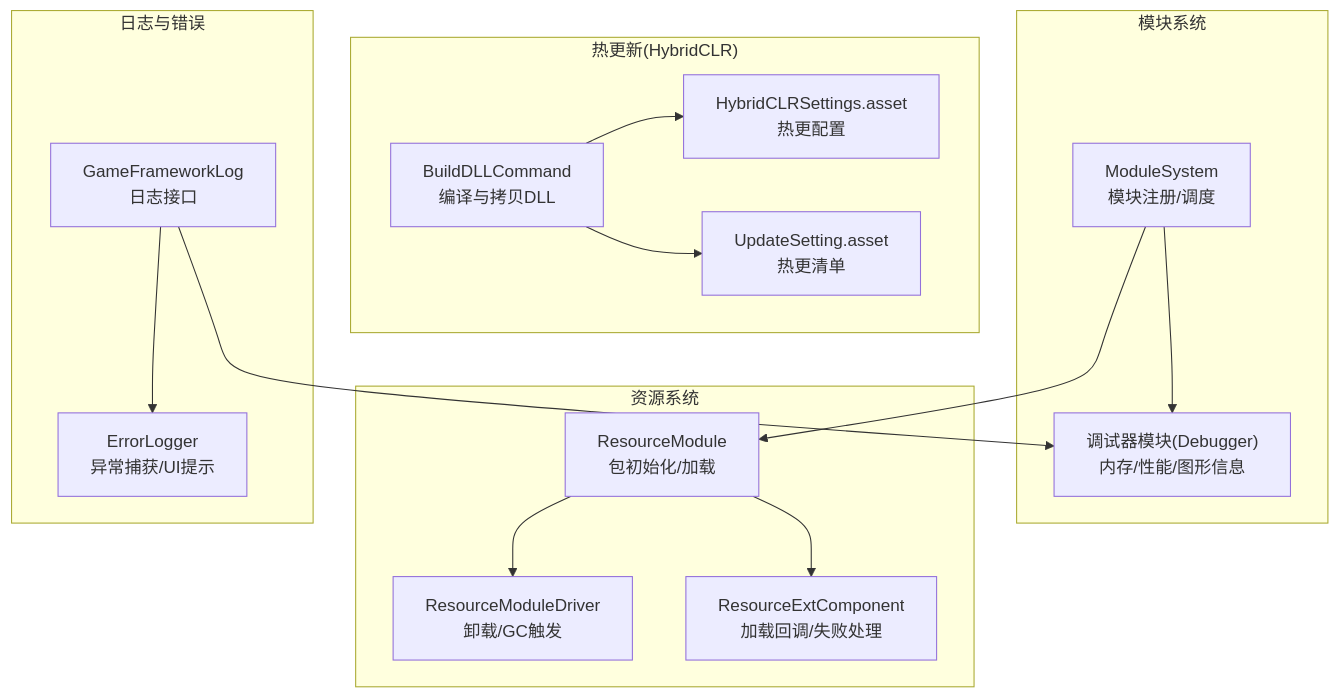
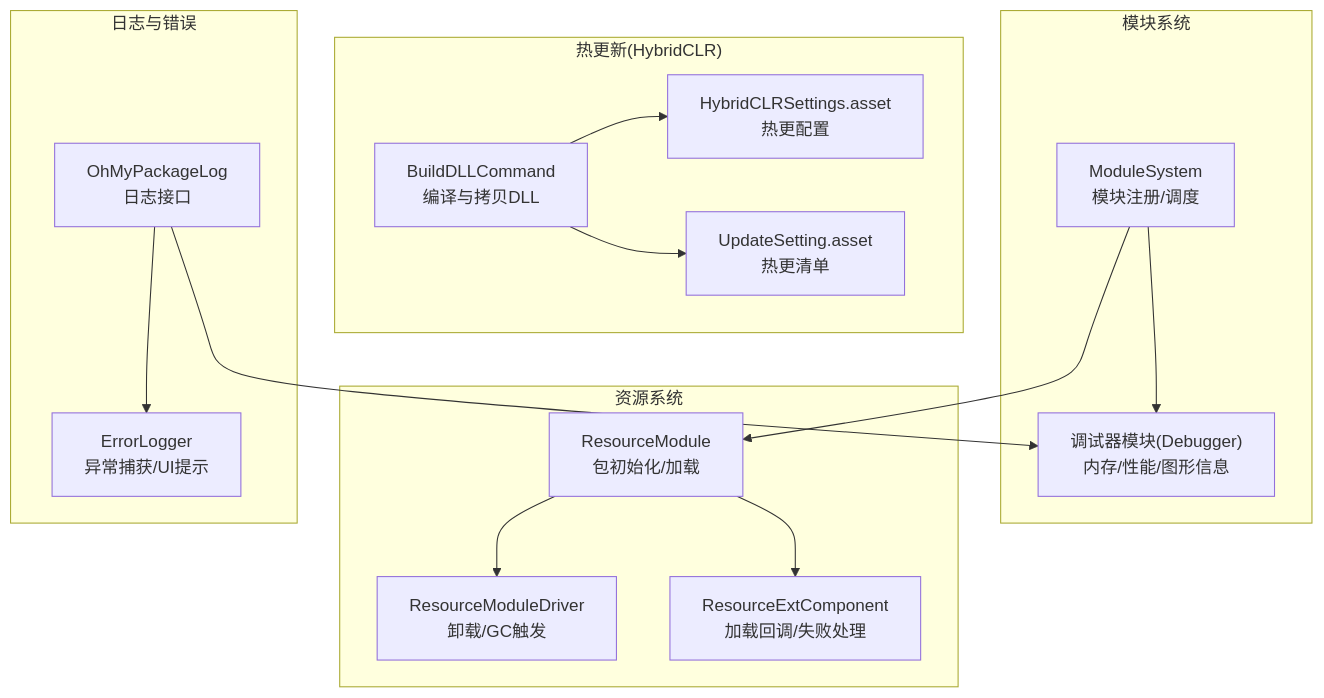
One commit to OxygenIsland/MyGame changed the first of 7 diagrams in repowiki/zh/content/开发者指南/故障排除指南/故障排除指南.md. Above: the diagram before and after it, drawn with Mermaid. The commit also changed other lines of this file and 34 other files, not shown here.

````diff
--- a/repowiki/zh/content/开发者指南/故障排除指南/故障排除指南.md
+++ b/repowiki/zh/content/开发者指南/故障排除指南/故障排除指南.md
@@ -47,29 +47,29 @@
 ```mermaid
 graph TB
 subgraph "热更新(HybridCLR)"
 HC["BuildDLLCommand<br/>编译与拷贝DLL"]
 HCS["HybridCLRSettings.asset<br/>热更配置"]
 US["UpdateSetting.asset<br/>热更清单"]
 end
 subgraph "模块系统"
 MS["ModuleSystem<br/>模块注册/调度"]
 DM["调试器模块(Debugger)<br/>内存/性能/图形信息"]
 end
 subgraph "资源系统"
 RM["ResourceModule<br/>包初始化/加载"]
 RMD["ResourceModuleDriver<br/>卸载/GC触发"]
 RE["ResourceExtComponent<br/>加载回调/失败处理"]
 end
 subgraph "日志与错误"
-GL["GameFrameworkLog<br/>日志接口"]
+GL["OhMyPackageLog<br/>日志接口"]
 EL["ErrorLogger<br/>异常捕获/UI提示"]
 end
 HC --> HCS
 HC --> US
 MS --> RM
 MS --> DM
 RM --> RMD
 RM --> RE
 GL --> DM
 GL --> EL
 ```
````
